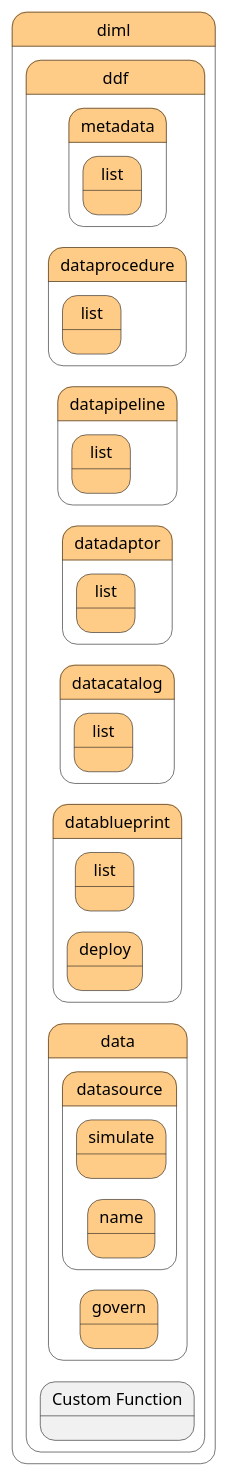
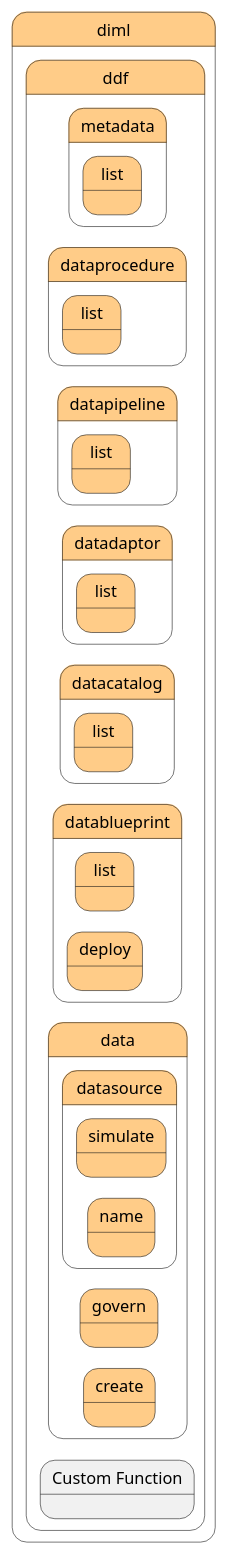
Before and after one commit to madajaju/edgemere: the diagram in docs/edgemere/diml/ddf/process.puml, drawn with PlantUML. The commit also changed 113 other files, not shown here.

```diff
--- a/docs/edgemere/diml/ddf/process.puml
+++ b/docs/edgemere/diml/ddf/process.puml
@@ -1,122 +1,132 @@
 @startuml
 left to right direction
 
 
 state "diml" as diml #ffcc88 {
 state "ddf" as dimlddf #ffcc88 {
 }
 }
 
 
 state dimlddf #ffcc88 {
     state "Custom Function" as ddffunction {
     }
 }
+
+        state "diml" as diml #ffcc88 {
+state "ddf" as dimlddf #ffcc88 {
+state "data" as dimlddfdata #ffcc88 {
+state "create" as dimlddfdatacreate #ffcc88 {
+}
+}
+}
+}
+
 
         state "diml" as diml #ffcc88 {
 state "ddf" as dimlddf #ffcc88 {
 state "data" as dimlddfdata #ffcc88 {
 state "govern" as dimlddfdatagovern #ffcc88 {
 }
 }
 }
 }
 
 
         state "diml" as diml #ffcc88 {
 state "ddf" as dimlddf #ffcc88 {
 state "data" as dimlddfdata #ffcc88 {
 state "source" as dimlddfdatasource #ffcc88 {
 state "name" as dimlddfdatasourcename #ffcc88 {
 }
 }
 }
 }
 }
 
 
         state "diml" as diml #ffcc88 {
 state "ddf" as dimlddf #ffcc88 {
 state "datablueprint" as dimlddfdatablueprint #ffcc88 {
 state "deploy" as dimlddfdatablueprintdeploy #ffcc88 {
 }
 }
 }
 }
 
 
         state "diml" as diml #ffcc88 {
 state "ddf" as dimlddf #ffcc88 {
 state "datablueprint" as dimlddfdatablueprint #ffcc88 {
 state "list" as dimlddfdatablueprintlist #ffcc88 {
 }
 }
 }
 }
 
 
         state "diml" as diml #ffcc88 {
 state "ddf" as dimlddf #ffcc88 {
 state "datacatalog" as dimlddfdatacatalog #ffcc88 {
 state "list" as dimlddfdatacataloglist #ffcc88 {
 }
 }
 }
 }
 
 
         state "diml" as diml #ffcc88 {
 state "ddf" as dimlddf #ffcc88 {
 state "datadaptor" as dimlddfdatadaptor #ffcc88 {
 state "list" as dimlddfdatadaptorlist #ffcc88 {
 }
 }
 }
 }
 
 
         state "diml" as diml #ffcc88 {
 state "ddf" as dimlddf #ffcc88 {
 state "datapipeline" as dimlddfdatapipeline #ffcc88 {
 state "list" as dimlddfdatapipelinelist #ffcc88 {
 }
 }
 }
 }
 
 
         state "diml" as diml #ffcc88 {
 state "ddf" as dimlddf #ffcc88 {
 state "dataprocedure" as dimlddfdataprocedure #ffcc88 {
 state "list" as dimlddfdataprocedurelist #ffcc88 {
 }
 }
 }
 }
 
 
         state "diml" as diml #ffcc88 {
 state "ddf" as dimlddf #ffcc88 {
 state "datasource" as dimlddfdatasource #ffcc88 {
 state "simulate" as dimlddfdatasourcesimulate #ffcc88 {
 }
 }
 }
 }
 
 
         state "diml" as diml #ffcc88 {
 state "ddf" as dimlddf #ffcc88 {
 state "metadata" as dimlddfmetadata #ffcc88 {
 state "list" as dimlddfmetadatalist #ffcc88 {
 }
 }
 }
 }
 
 
 
 
 
 
 @enduml
```
